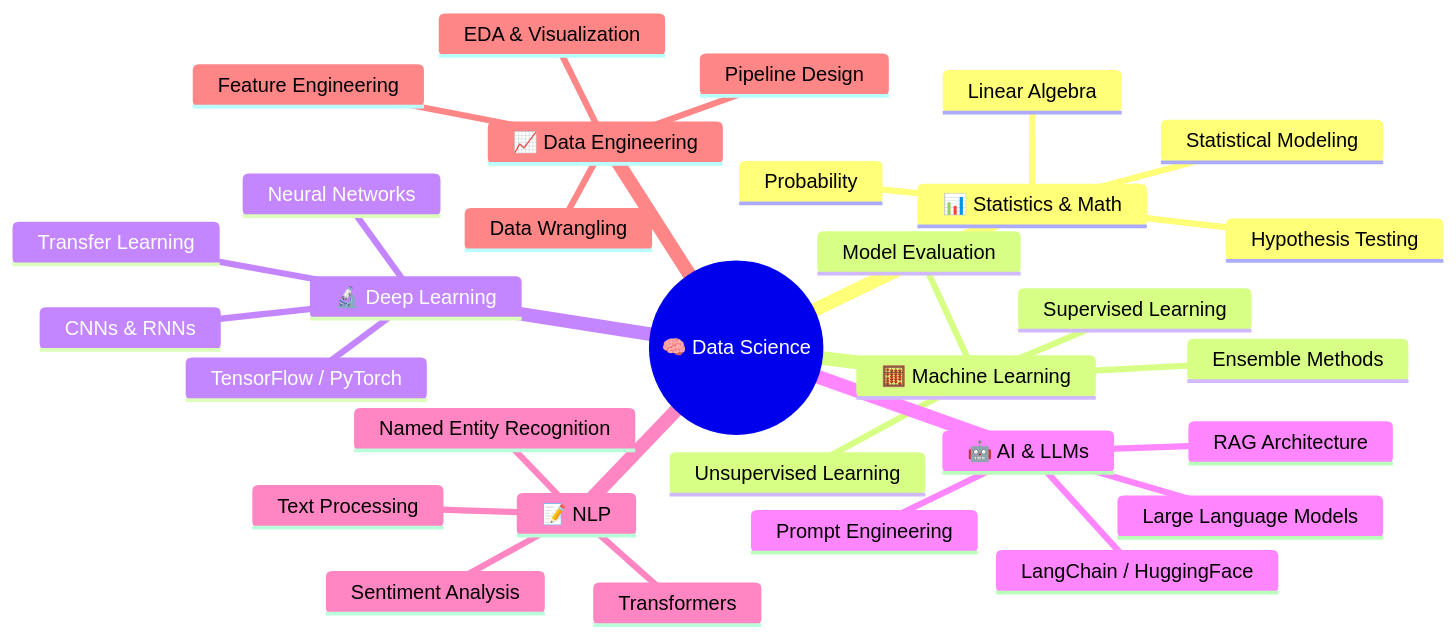
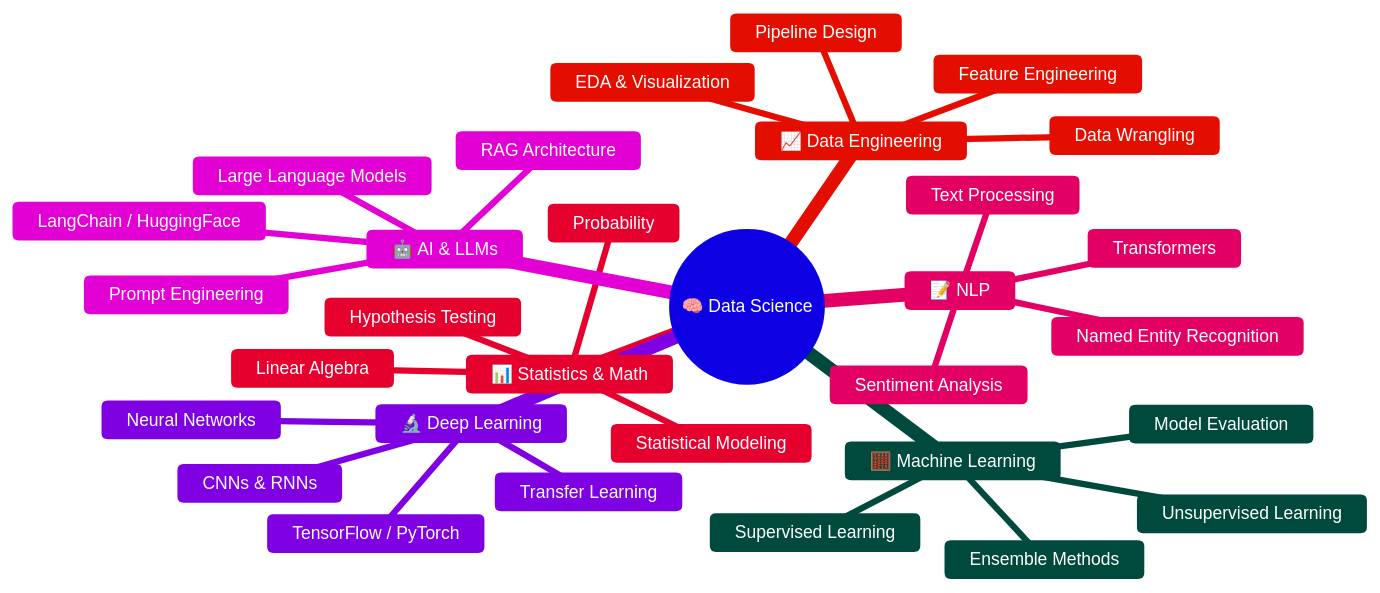
The fourth of 4 diagrams in README.md (repulbehl/repulbehl), drawn with Mermaid before and after one commit. The commit also changed other lines of this file, not shown here.

````diff
--- a/README.md
+++ b/README.md
@@ -620,34 +620,35 @@
 ```mermaid
+%%{init: {'theme': 'base', 'themeVariables': { 'primaryColor': '#6C63FF', 'primaryTextColor': '#ffffff', 'primaryBorderColor': '#5A52D5', 'secondaryColor': '#FF6584', 'secondaryTextColor': '#ffffff', 'tertiaryColor': '#00C9A7', 'tertiaryTextColor': '#ffffff', 'noteBkgColor': '#FFC75F', 'noteTextColor': '#1a1a2e', 'fontSize': '14px' }}}%%
 mindmap
   root((🧠 Data Science))
     📊 Statistics & Math
       Hypothesis Testing
       Probability
       Statistical Modeling
       Linear Algebra
     🧮 Machine Learning
       Supervised Learning
       Unsupervised Learning
       Ensemble Methods
       Model Evaluation
     🔬 Deep Learning
       Neural Networks
       CNNs & RNNs
       Transfer Learning
       TensorFlow / PyTorch
     🤖 AI & LLMs
       Large Language Models
       Prompt Engineering
       RAG Architecture
       LangChain / HuggingFace
     📝 NLP
       Text Processing
       Sentiment Analysis
       Named Entity Recognition
       Transformers
     📈 Data Engineering
       EDA & Visualization
       Feature Engineering
       Data Wrangling
       Pipeline Design
 ```
````
